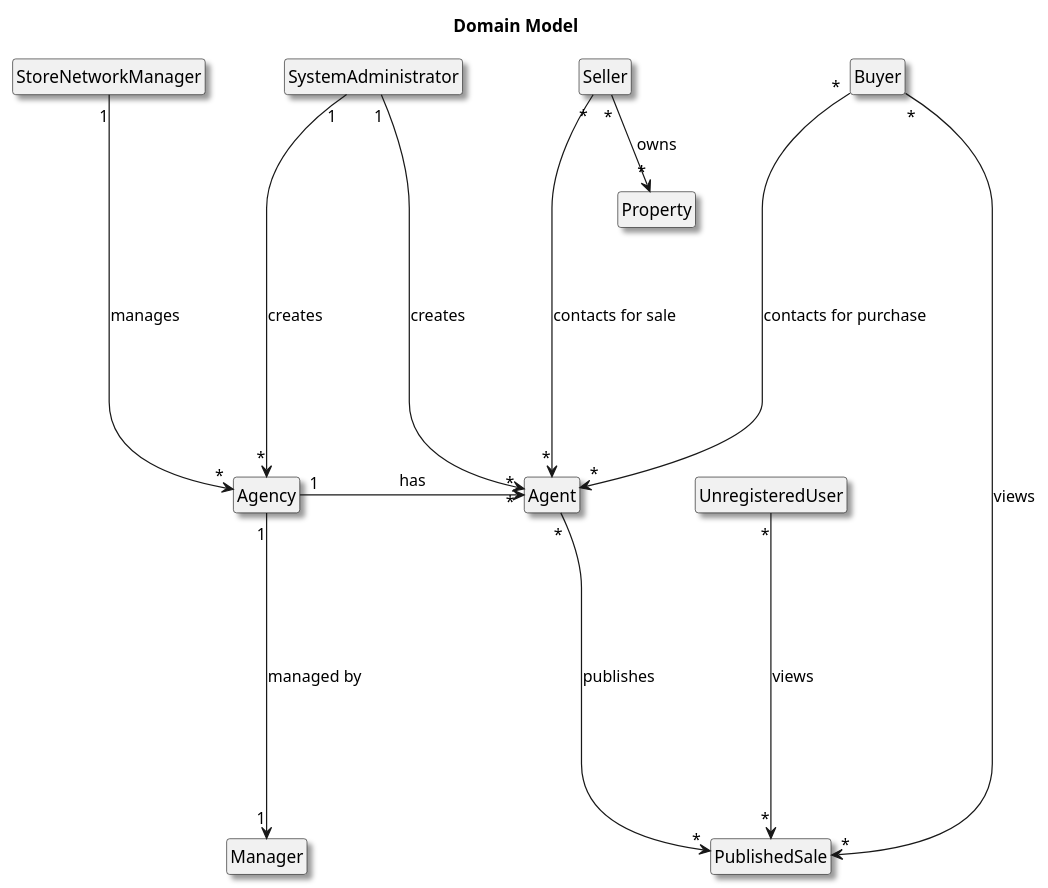
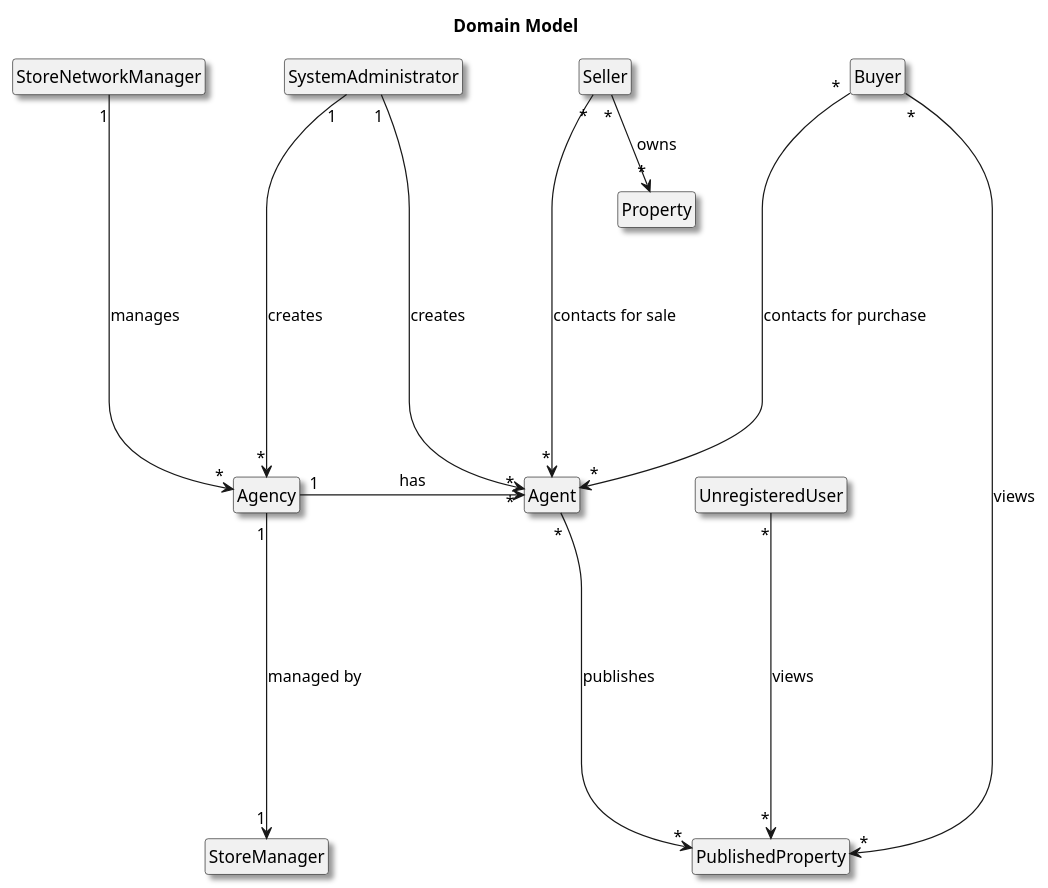
One commit to Goncalves2525/real-estate-management-system changed the diagram in docs/sprintA/global-artifacts/02.analysis/puml/project-domain-model-right-alternative.puml. Above: the diagram before and after it, drawn with PlantUML. The commit also changed 2 other files, not shown here.

Commit message:
Added more questions and answers to user story 1

```diff
--- a/docs/sprintA/global-artifacts/02.analysis/puml/project-domain-model-right-alternative.puml
+++ b/docs/sprintA/global-artifacts/02.analysis/puml/project-domain-model-right-alternative.puml
@@ -1,79 +1,79 @@
 @startuml
 skinparam monochrome false
 skinparam packageStyle rectangle
 skinparam shadowing true
 'skinparam linetype ortho
 skinparam classAttributeIconSize 0
 'skinparam groupInheritance 2
 'skinparam linetype polyline
 
 hide attributes
 hide circle
 hide methods
 'left to right direction
 title Domain Model
 
 class StoreNetworkManager{
 }
 
 class SystemAdministrator{
 }
 
-class Manager{
+class StoreManager{
 }
 
 class Property{
 }
 
 class Agent{
 }
 
 class Agency{
 }
 
 class Buyer{
 }
 
 class Seller{
 }
 
 class UnregisteredUser{
 }
 
-class PublishedSale{
+class PublishedProperty{
 }
 
 SystemAdministrator "1" -----> "*" Agent : creates
 SystemAdministrator "1" -----> "*" Agency : creates
 Buyer "*" -----> "*" Agent : contacts for purchase
-Buyer "*" -----> "*" PublishedSale : views
+Buyer "*" -----> "*" PublishedProperty : views
 Seller "*" -----> "*" Agent : contacts for sale
 StoreNetworkManager "1" -----> "*" Agency : manages
-Agency "1" -----> "1" Manager  : managed by
-Agent "*" -----> "*" PublishedSale : publishes
+Agency "1" -----> "1" StoreManager  : managed by
+Agent "*" -----> "*" PublishedProperty : publishes
 Agency "1" -> "*" Agent : has
 Seller "*" --> "*" Property : owns
-UnregisteredUser "*" -----> "*" PublishedSale : views
+UnregisteredUser "*" -----> "*" PublishedProperty : views
 
 'SystemAdministrator "1" -right "*" Employee : registers
 'PropertyOwner "1" --> "*" PropertyOrder : requests advertisement
 'PropertyOwner "1" --> "1" Agent : contacts
 'Agent "1" ----> "*" PropertyOrder : reviews
 'Agent "1" -----> "*" Property : publishes
 'UnregisteredUser "1" ---> "*" Property: can list
 
 'Client <|---- RegisteredUser
 'Client <|--- UnregisteredUser
 'Client <|---- PropertyOwner
 'User <|-- Client
 'User <|-- Employee
 'Employee <|-- Agent
 'Employee <|----- StoreManager
 'Employee <|----- StoreNetworkManager
 'Property <|-- House
 'Property <|-- Apartment
 'Property <|-- Land
 'Employee <|-- SystemAdministrator
 
 
 @enduml
```
